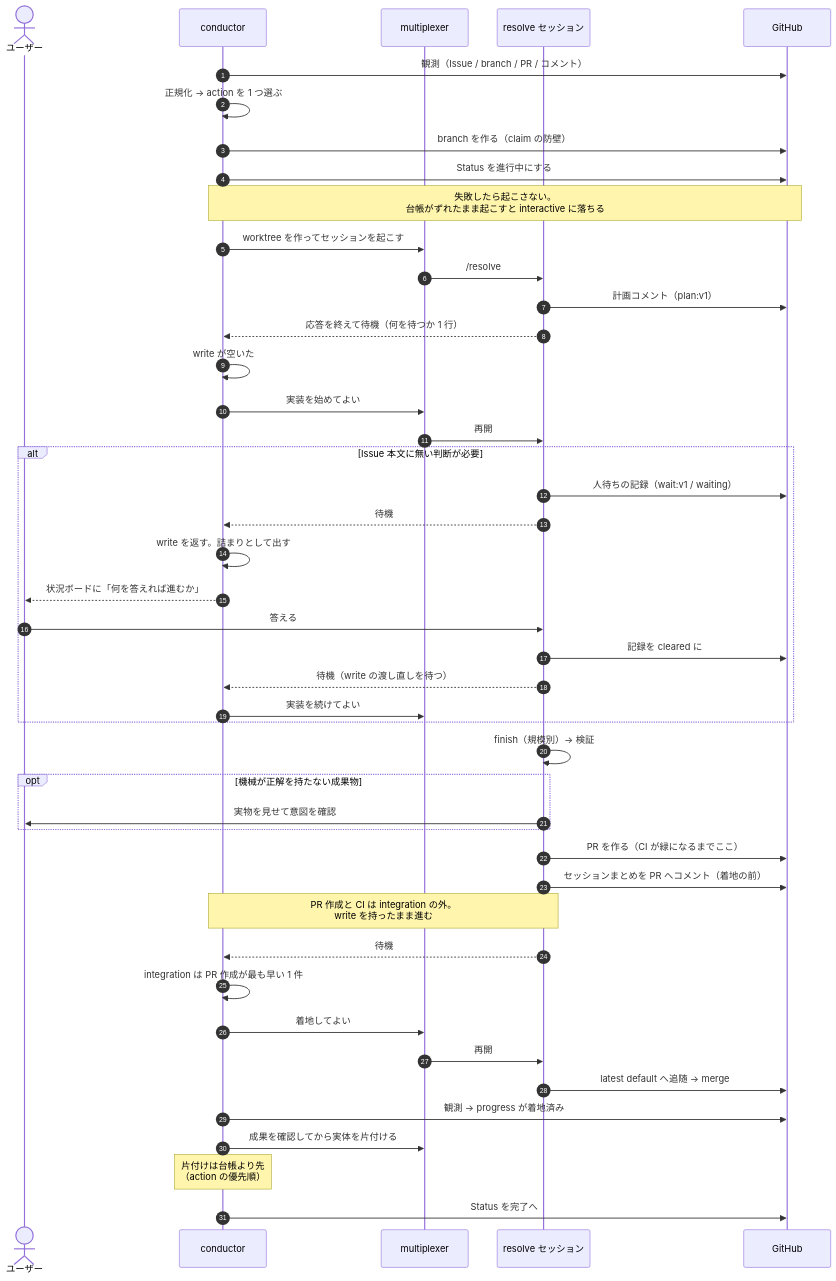
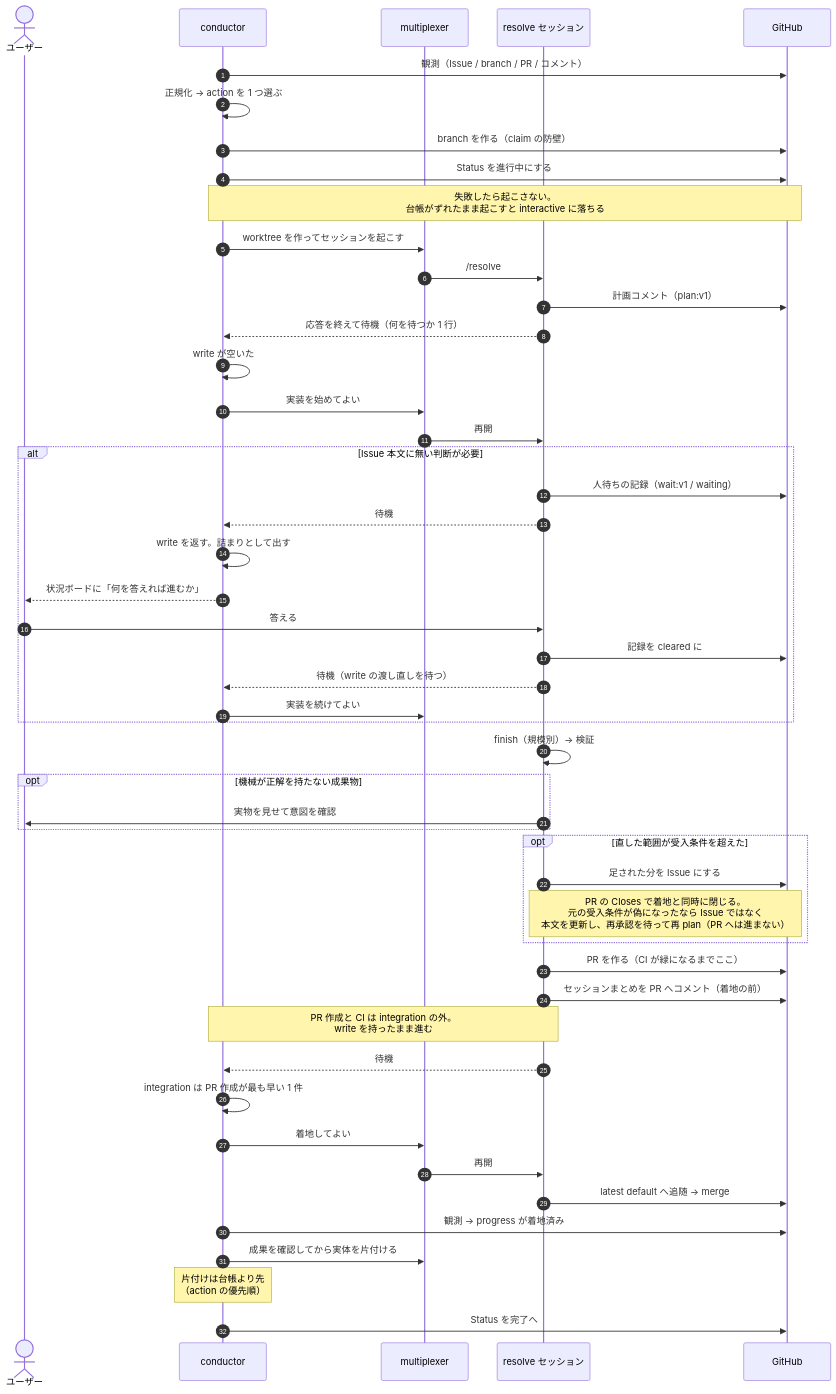
One commit to usagizmo/agentfiles changed the third of 4 diagrams in agents/docs/lifecycle.md. Above: the diagram before and after it, drawn with Mermaid. The commit also changed other lines of this file and 4 other files, not shown here.

````diff
--- a/agents/docs/lifecycle.md
+++ b/agents/docs/lifecycle.md
@@ -106,52 +107,56 @@
 ```mermaid
 sequenceDiagram
     autonumber
     actor U as ユーザー
     participant C as conductor
     participant M as multiplexer
     participant R as resolve セッション
     participant GH as GitHub
 
     C->>GH: 観測（Issue / branch / PR / コメント）
     C->>C: 正規化 → action を 1 つ選ぶ
     C->>GH: branch を作る（claim の防壁）
     C->>GH: Status を進行中にする
     Note over C,GH: 失敗したら起こさない。<br/>台帳がずれたまま起こすと interactive に落ちる
     C->>M: worktree を作ってセッションを起こす
     M->>R: /resolve #N
 
     R->>GH: 計画コメント（plan:v1）
     R-->>C: 応答を終えて待機（何を待つか 1 行）
     C->>C: write が空いた
     C->>M: 実装を始めてよい
     M->>R: 再開
 
     alt Issue 本文に無い判断が必要
         R->>GH: 人待ちの記録（wait:v1 / waiting）
         R-->>C: 待機
         C->>C: write を返す。詰まりとして出す
         C-->>U: 状況ボードに「何を答えれば進むか」
         U->>R: 答える
         R->>GH: 記録を cleared に
         R-->>C: 待機（write の渡し直しを待つ）
         C->>M: 実装を続けてよい
     end
 
     R->>R: finish（規模別）→ 検証
     opt 機械が正解を持たない成果物
         R->>U: 実物を見せて意図を確認
     end
+    opt 直した範囲が受入条件を超えた
+        R->>GH: 足された分を Issue にする
+        Note over R,GH: PR の Closes で着地と同時に閉じる。<br/>元の受入条件が偽になったなら Issue ではなく<br/>本文を更新し、再承認を待って再 plan（PR へは進まない）
+    end
     R->>GH: PR を作る（CI が緑になるまでここ）
     R->>GH: セッションまとめを PR へコメント（着地の前）
     Note over R,C: PR 作成と CI は integration の外。<br/>write を持ったまま進む
     R-->>C: 待機
     C->>C: integration は PR 作成が最も早い 1 件
     C->>M: 着地してよい
     M->>R: 再開
     R->>GH: latest default へ追随 → merge
 
     C->>GH: 観測 → progress が着地済み
     C->>M: 成果を確認してから実体を片付ける
     Note over C: 片付けは台帳より先<br/>（action の優先順）
     C->>GH: Status を完了へ
 ```
````
